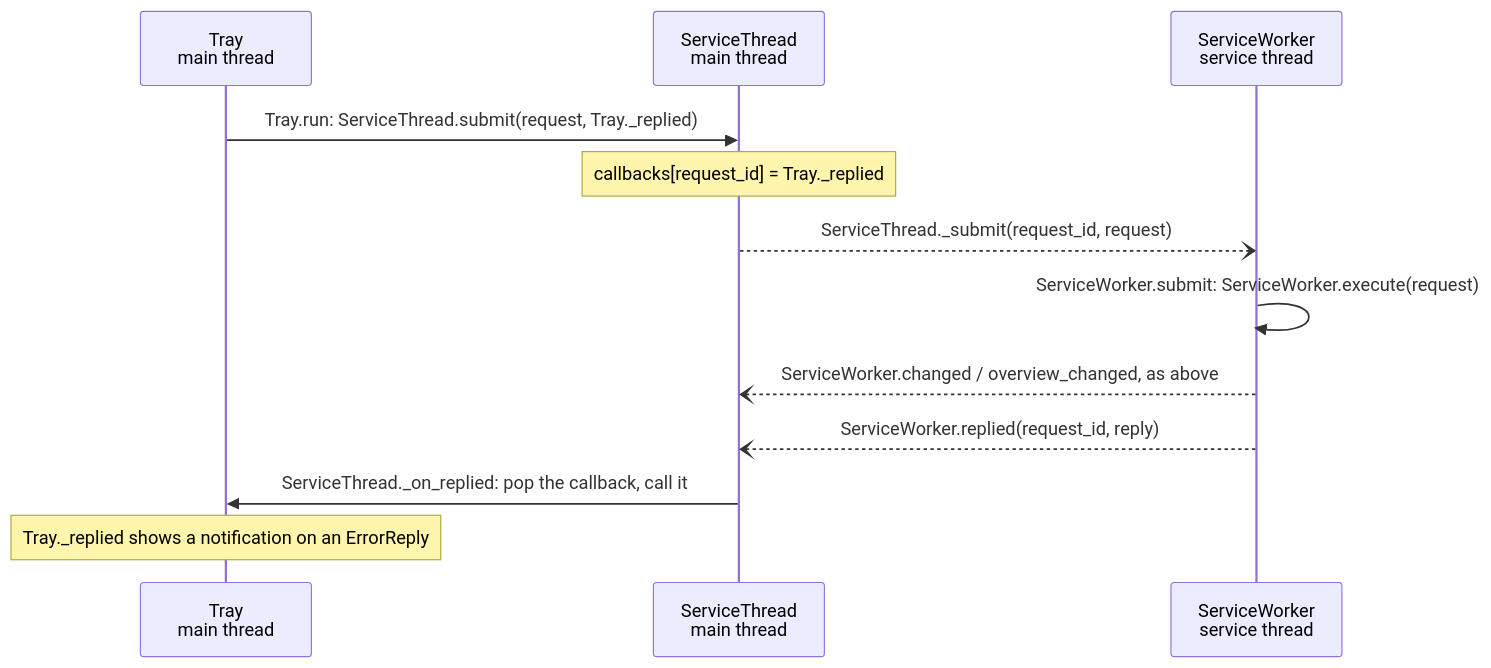
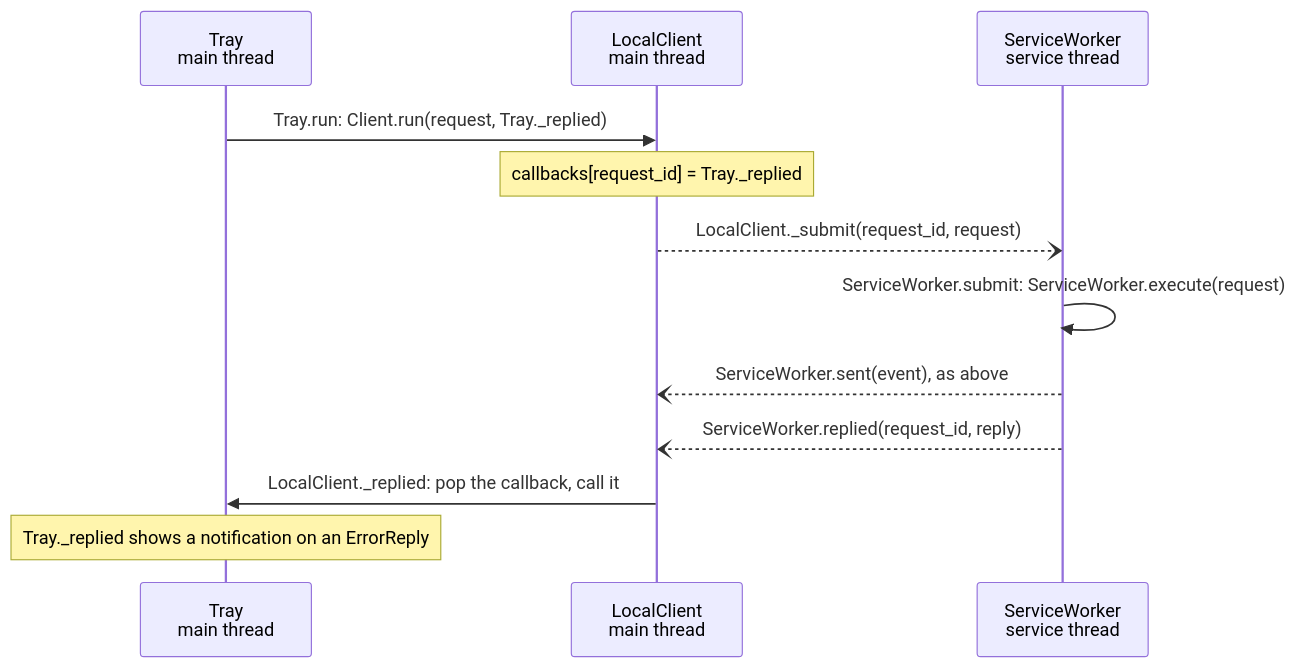
One commit to cheshire0xff/wallpaper_py changed the third of 10 diagrams in docs/app-wiring.md. Above: the diagram before and after it, drawn with Mermaid. The commit also changed other lines of this file and 19 other files, not shown here.

First line of the commit message:
Simplification step 3a: The tray on Client

````diff
--- a/docs/app-wiring.md
+++ b/docs/app-wiring.md
@@ -109,15 +110,15 @@
 ```mermaid
 sequenceDiagram
     participant Tr as Tray<br/>main thread
-    participant H as ServiceThread<br/>main thread
+    participant L as LocalClient<br/>main thread
     participant W as ServiceWorker<br/>service thread
 
-    Tr->>H: Tray.run: ServiceThread.submit(request, Tray._replied)
-    Note over H: callbacks[request_id] = Tray._replied
-    H--)W: ServiceThread._submit(request_id, request)
+    Tr->>L: Tray.run: Client.run(request, Tray._replied)
+    Note over L: callbacks[request_id] = Tray._replied
+    L--)W: LocalClient._submit(request_id, request)
     W->>W: ServiceWorker.submit: ServiceWorker.execute(request)
-    W--)H: ServiceWorker.changed / overview_changed, as above
-    W--)H: ServiceWorker.replied(request_id, reply)
-    H->>Tr: ServiceThread._on_replied: pop the callback, call it
+    W--)L: ServiceWorker.sent(event), as above
+    W--)L: ServiceWorker.replied(request_id, reply)
+    L->>Tr: LocalClient._replied: pop the callback, call it
     Note over Tr: Tray._replied shows a notification on an ErrorReply
 ```
````
